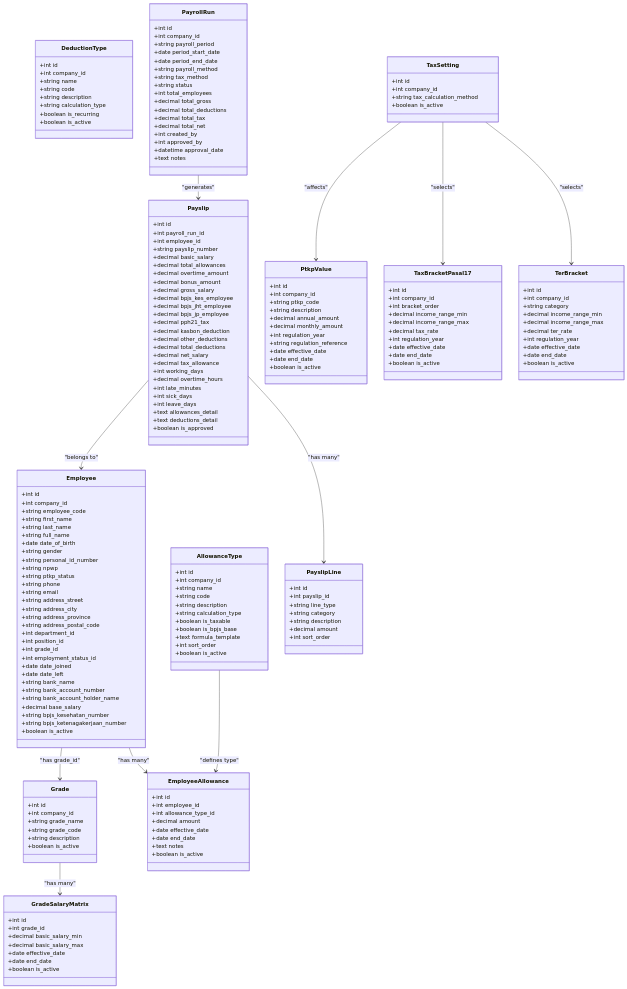
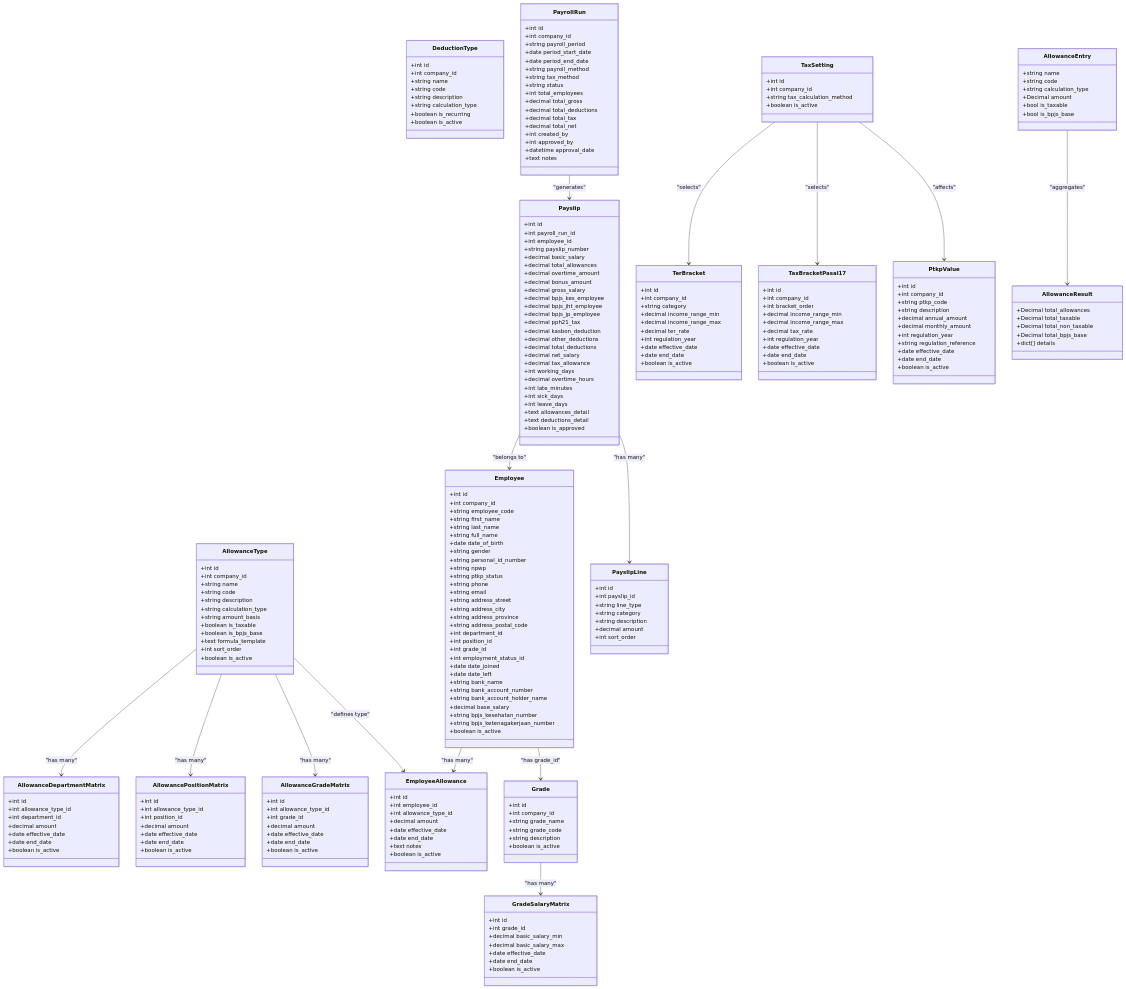
Before and after one commit to bikinaplikasipakeqoder-dot/payroll-hris: the second of 4 diagrams in .qoder/repowiki/en/content/Salary & Compensation.md, drawn with Mermaid. The commit also changed other lines of this file and 22 other files, not shown here.

````diff
--- a/.qoder/repowiki/en/content/Salary & Compensation.md
+++ b/.qoder/repowiki/en/content/Salary & Compensation.md
@@ -128,10 +157,38 @@
 +string code
 +string description
 +string calculation_type
++string amount_basis
 +boolean is_taxable
 +boolean is_bpjs_base
 +text formula_template
 +int sort_order
++boolean is_active
+}
+class AllowanceGradeMatrix {
++int id
++int allowance_type_id
++int grade_id
++decimal amount
++date effective_date
++date end_date
++boolean is_active
+}
+class AllowancePositionMatrix {
++int id
++int allowance_type_id
++int position_id
++decimal amount
++date effective_date
++date end_date
++boolean is_active
+}
+class AllowanceDepartmentMatrix {
++int id
++int allowance_type_id
++int department_id
++decimal amount
++date effective_date
++date end_date
 +boolean is_active
 }
 class EmployeeAllowance {
@@ -285,14 +342,33 @@
 +date end_date
 +boolean is_active
 }
+class AllowanceEntry {
++string name
++string code
++string calculation_type
++Decimal amount
++bool is_taxable
++bool is_bpjs_base
+}
+class AllowanceResult {
++Decimal total_allowances
++Decimal total_taxable
++Decimal total_non_taxable
++Decimal total_bpjs_base
++dict[] details
+}
 Employee --> Grade : "has grade_id"
 Grade --> GradeSalaryMatrix : "has many"
 Employee --> EmployeeAllowance : "has many"
 AllowanceType --> EmployeeAllowance : "defines type"
+AllowanceType --> AllowanceGradeMatrix : "has many"
+AllowanceType --> AllowancePositionMatrix : "has many"
+AllowanceType --> AllowanceDepartmentMatrix : "has many"
 PayrollRun --> Payslip : "generates"
 Payslip --> PayslipLine : "has many"
 Payslip --> Employee : "belongs to"
 TaxSetting --> PtkpValue : "affects"
 TaxSetting --> TaxBracketPasal17 : "selects"
 TaxSetting --> TerBracket : "selects"
+AllowanceEntry --> AllowanceResult : "aggregates"
 ```
````
